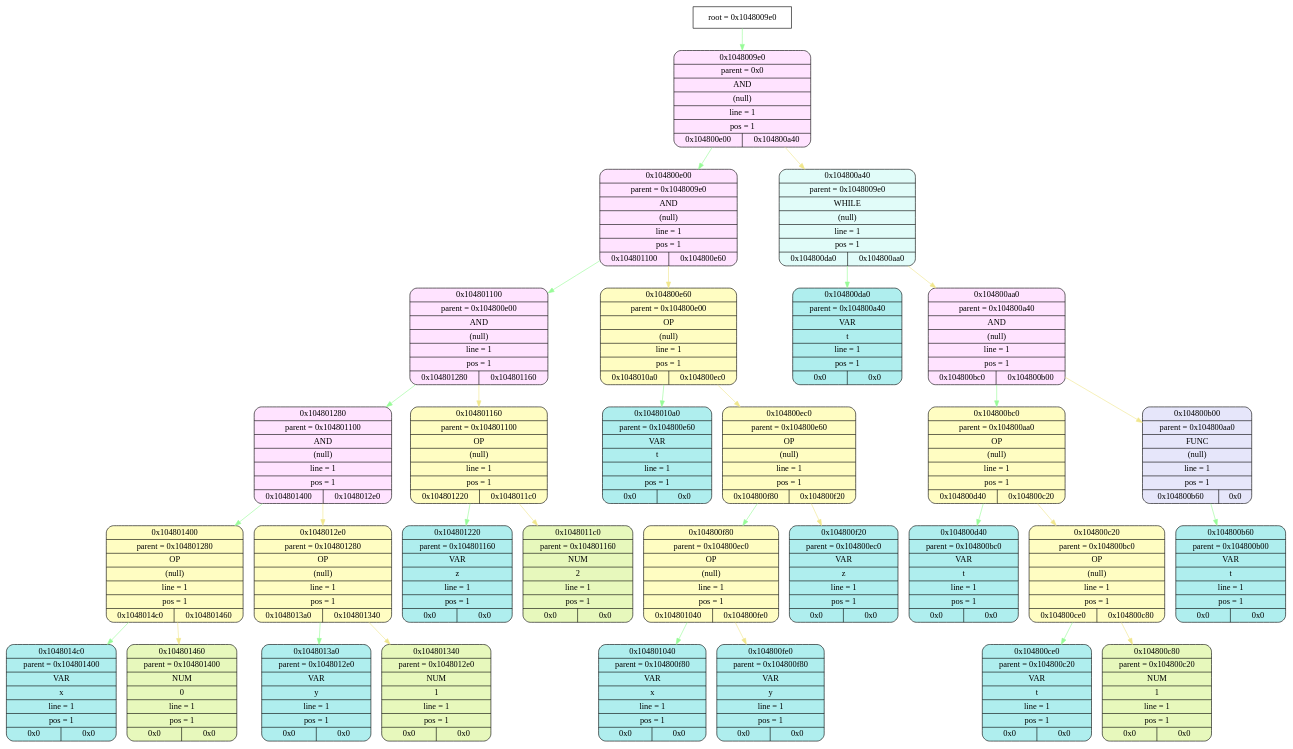
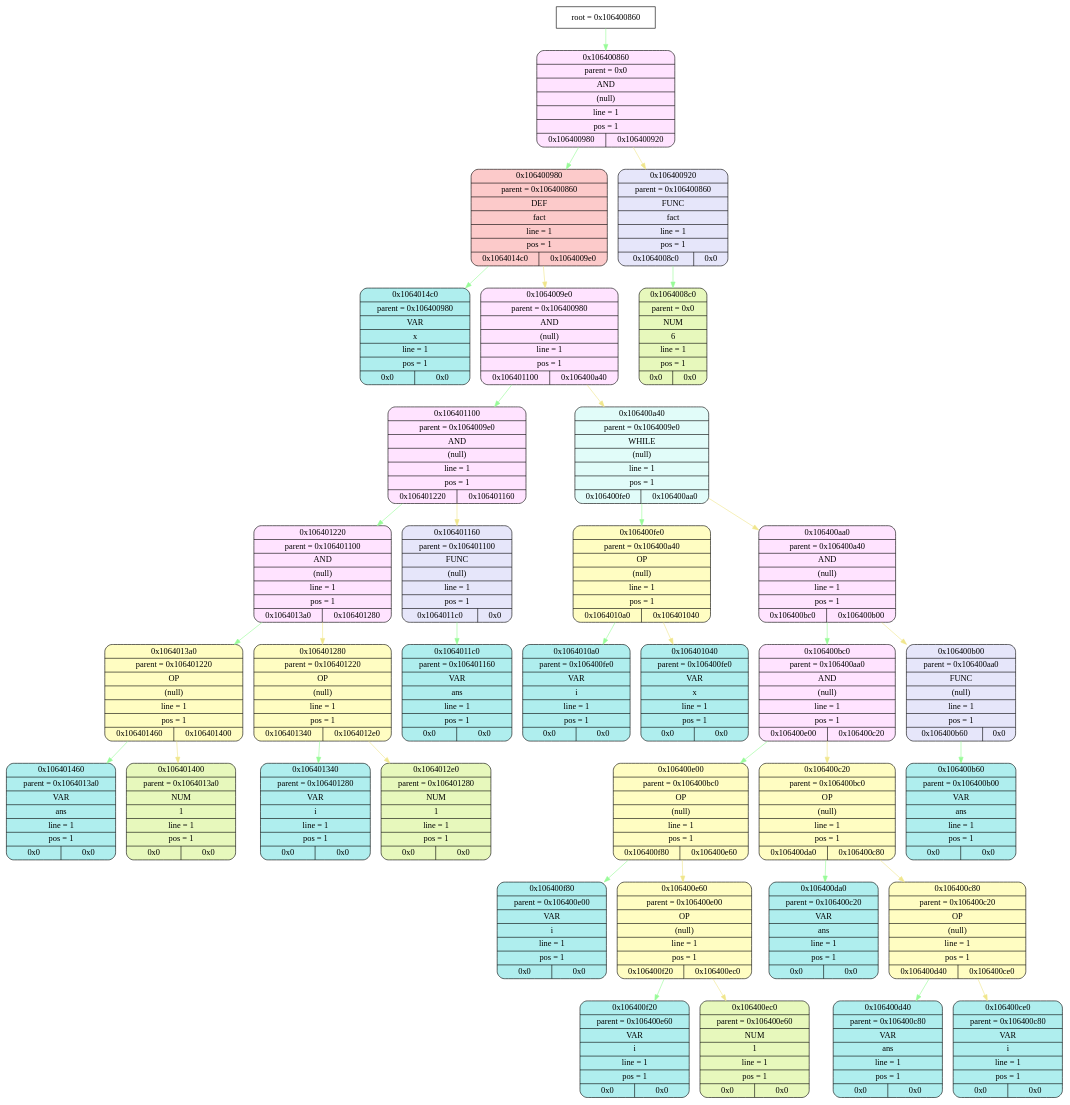
Before and after one commit to esgalimov/language: the diagram in frontend/tmp/graphviz.dot, drawn with Graphviz. The commit also changed 47 other files, not shown here.

```diff
--- a/frontend/tmp/graphviz.dot
+++ b/frontend/tmp/graphviz.dot
@@ -1,95 +1,107 @@
 digraph
 {
-    node_info[shape = record, label = "{root = 0x1048009e0}"];
+    node_info[shape = record, label = "{root = 0x106400860}"];
 
-    node_info->node_0x1048009e0 [color = "#98FB98"];
-    node_0x1048009e0[shape = Mrecord, label = "{{0x1048009e0} | {parent =  0x0} | {AND} | {(null)} | {line = 1} | {pos = 1} | {0x104800e00 | 0x104800a40}}",
+    node_info->node_0x106400860 [color = "#98FB98"];
+    node_0x106400860[shape = Mrecord, label = "{{0x106400860} | {parent =  0x0} | {AND} | {(null)} | {line = 1} | {pos = 1} | {0x106400980 | 0x106400920}}",
                                         style="filled", fillcolor="#FFE3FF"];
-    node_0x104800e00[shape = Mrecord, label = "{{0x104800e00} | {parent =  0x1048009e0} | {AND} | {(null)} | {line = 1} | {pos = 1} | {0x104801100 | 0x104800e60}}",
+    node_0x106400980[shape = Mrecord, label = "{{0x106400980} | {parent =  0x106400860} | {DEF} | {fact} | {line = 1} | {pos = 1} | {0x1064014c0 | 0x1064009e0}}",
+                                        style="filled", fillcolor="#FCCACA"];
+    node_0x1064014c0[shape = Mrecord, label = "{{0x1064014c0} | {parent =  0x106400980} | {VAR} | {x} | {line = 1} | {pos = 1} | {0x0 | 0x0}}",
+                                        style="filled", fillcolor="#AFEEEE"];
+    node_0x1064009e0[shape = Mrecord, label = "{{0x1064009e0} | {parent =  0x106400980} | {AND} | {(null)} | {line = 1} | {pos = 1} | {0x106401100 | 0x106400a40}}",
                                         style="filled", fillcolor="#FFE3FF"];
-    node_0x104801100[shape = Mrecord, label = "{{0x104801100} | {parent =  0x104800e00} | {AND} | {(null)} | {line = 1} | {pos = 1} | {0x104801280 | 0x104801160}}",
+    node_0x106401100[shape = Mrecord, label = "{{0x106401100} | {parent =  0x1064009e0} | {AND} | {(null)} | {line = 1} | {pos = 1} | {0x106401220 | 0x106401160}}",
                                         style="filled", fillcolor="#FFE3FF"];
-    node_0x104801280[shape = Mrecord, label = "{{0x104801280} | {parent =  0x104801100} | {AND} | {(null)} | {line = 1} | {pos = 1} | {0x104801400 | 0x1048012e0}}",
+    node_0x106401220[shape = Mrecord, label = "{{0x106401220} | {parent =  0x106401100} | {AND} | {(null)} | {line = 1} | {pos = 1} | {0x1064013a0 | 0x106401280}}",
                                         style="filled", fillcolor="#FFE3FF"];
-    node_0x104801400[shape = Mrecord, label = "{{0x104801400} | {parent =  0x104801280} | {OP} | {(null)} | {line = 1} | {pos = 1} | {0x1048014c0 | 0x104801460}}",
+    node_0x1064013a0[shape = Mrecord, label = "{{0x1064013a0} | {parent =  0x106401220} | {OP} | {(null)} | {line = 1} | {pos = 1} | {0x106401460 | 0x106401400}}",
                                         style="filled", fillcolor="#FFFDC2"];
-    node_0x1048014c0[shape = Mrecord, label = "{{0x1048014c0} | {parent =  0x104801400} | {VAR} | {x} | {line = 1} | {pos = 1} | {0x0 | 0x0}}",
+    node_0x106401460[shape = Mrecord, label = "{{0x106401460} | {parent =  0x1064013a0} | {VAR} | {ans} | {line = 1} | {pos = 1} | {0x0 | 0x0}}",
                                         style="filled", fillcolor="#AFEEEE"];
-    node_0x104801460[shape = Mrecord, label = "{{0x104801460} | {parent =  0x104801400} | {NUM} | {0} | {line = 1} | {pos = 1} | {0x0 | 0x0}}",
+    node_0x106401400[shape = Mrecord, label = "{{0x106401400} | {parent =  0x1064013a0} | {NUM} | {1} | {line = 1} | {pos = 1} | {0x0 | 0x0}}",
                 style="filled", fillcolor="#E7F8BC"];
-    node_0x1048012e0[shape = Mrecord, label = "{{0x1048012e0} | {parent =  0x104801280} | {OP} | {(null)} | {line = 1} | {pos = 1} | {0x1048013a0 | 0x104801340}}",
+    node_0x106401280[shape = Mrecord, label = "{{0x106401280} | {parent =  0x106401220} | {OP} | {(null)} | {line = 1} | {pos = 1} | {0x106401340 | 0x1064012e0}}",
                                         style="filled", fillcolor="#FFFDC2"];
-    node_0x1048013a0[shape = Mrecord, label = "{{0x1048013a0} | {parent =  0x1048012e0} | {VAR} | {y} | {line = 1} | {pos = 1} | {0x0 | 0x0}}",
+    node_0x106401340[shape = Mrecord, label = "{{0x106401340} | {parent =  0x106401280} | {VAR} | {i} | {line = 1} | {pos = 1} | {0x0 | 0x0}}",
                                         style="filled", fillcolor="#AFEEEE"];
-    node_0x104801340[shape = Mrecord, label = "{{0x104801340} | {parent =  0x1048012e0} | {NUM} | {1} | {line = 1} | {pos = 1} | {0x0 | 0x0}}",
+    node_0x1064012e0[shape = Mrecord, label = "{{0x1064012e0} | {parent =  0x106401280} | {NUM} | {1} | {line = 1} | {pos = 1} | {0x0 | 0x0}}",
                 style="filled", fillcolor="#E7F8BC"];
-    node_0x104801160[shape = Mrecord, label = "{{0x104801160} | {parent =  0x104801100} | {OP} | {(null)} | {line = 1} | {pos = 1} | {0x104801220 | 0x1048011c0}}",
+    node_0x106401160[shape = Mrecord, label = "{{0x106401160} | {parent =  0x106401100} | {FUNC} | {(null)} | {line = 1} | {pos = 1} | {0x1064011c0 | 0x0}}",
+                                        style="filled", fillcolor="#E6E6FA"];
+    node_0x1064011c0[shape = Mrecord, label = "{{0x1064011c0} | {parent =  0x106401160} | {VAR} | {ans} | {line = 1} | {pos = 1} | {0x0 | 0x0}}",
+                                        style="filled", fillcolor="#AFEEEE"];
+    node_0x106400a40[shape = Mrecord, label = "{{0x106400a40} | {parent =  0x1064009e0} | {WHILE} | {(null)} | {line = 1} | {pos = 1} | {0x106400fe0 | 0x106400aa0}}",
+                                        style="filled", fillcolor="#E1FCF9"];
+    node_0x106400fe0[shape = Mrecord, label = "{{0x106400fe0} | {parent =  0x106400a40} | {OP} | {(null)} | {line = 1} | {pos = 1} | {0x1064010a0 | 0x106401040}}",
                                         style="filled", fillcolor="#FFFDC2"];
-    node_0x104801220[shape = Mrecord, label = "{{0x104801220} | {parent =  0x104801160} | {VAR} | {z} | {line = 1} | {pos = 1} | {0x0 | 0x0}}",
+    node_0x1064010a0[shape = Mrecord, label = "{{0x1064010a0} | {parent =  0x106400fe0} | {VAR} | {i} | {line = 1} | {pos = 1} | {0x0 | 0x0}}",
                                         style="filled", fillcolor="#AFEEEE"];
-    node_0x1048011c0[shape = Mrecord, label = "{{0x1048011c0} | {parent =  0x104801160} | {NUM} | {2} | {line = 1} | {pos = 1} | {0x0 | 0x0}}",
+    node_0x106401040[shape = Mrecord, label = "{{0x106401040} | {parent =  0x106400fe0} | {VAR} | {x} | {line = 1} | {pos = 1} | {0x0 | 0x0}}",
+                                        style="filled", fillcolor="#AFEEEE"];
+    node_0x106400aa0[shape = Mrecord, label = "{{0x106400aa0} | {parent =  0x106400a40} | {AND} | {(null)} | {line = 1} | {pos = 1} | {0x106400bc0 | 0x106400b00}}",
+                                        style="filled", fillcolor="#FFE3FF"];
+    node_0x106400bc0[shape = Mrecord, label = "{{0x106400bc0} | {parent =  0x106400aa0} | {AND} | {(null)} | {line = 1} | {pos = 1} | {0x106400e00 | 0x106400c20}}",
+                                        style="filled", fillcolor="#FFE3FF"];
+    node_0x106400e00[shape = Mrecord, label = "{{0x106400e00} | {parent =  0x106400bc0} | {OP} | {(null)} | {line = 1} | {pos = 1} | {0x106400f80 | 0x106400e60}}",
+                                        style="filled", fillcolor="#FFFDC2"];
+    node_0x106400f80[shape = Mrecord, label = "{{0x106400f80} | {parent =  0x106400e00} | {VAR} | {i} | {line = 1} | {pos = 1} | {0x0 | 0x0}}",
+                                        style="filled", fillcolor="#AFEEEE"];
+    node_0x106400e60[shape = Mrecord, label = "{{0x106400e60} | {parent =  0x106400e00} | {OP} | {(null)} | {line = 1} | {pos = 1} | {0x106400f20 | 0x106400ec0}}",
+                                        style="filled", fillcolor="#FFFDC2"];
+    node_0x106400f20[shape = Mrecord, label = "{{0x106400f20} | {parent =  0x106400e60} | {VAR} | {i} | {line = 1} | {pos = 1} | {0x0 | 0x0}}",
+                                        style="filled", fillcolor="#AFEEEE"];
+    node_0x106400ec0[shape = Mrecord, label = "{{0x106400ec0} | {parent =  0x106400e60} | {NUM} | {1} | {line = 1} | {pos = 1} | {0x0 | 0x0}}",
                 style="filled", fillcolor="#E7F8BC"];
-    node_0x104800e60[shape = Mrecord, label = "{{0x104800e60} | {parent =  0x104800e00} | {OP} | {(null)} | {line = 1} | {pos = 1} | {0x1048010a0 | 0x104800ec0}}",
+    node_0x106400c20[shape = Mrecord, label = "{{0x106400c20} | {parent =  0x106400bc0} | {OP} | {(null)} | {line = 1} | {pos = 1} | {0x106400da0 | 0x106400c80}}",
                                         style="filled", fillcolor="#FFFDC2"];
-    node_0x1048010a0[shape = Mrecord, label = "{{0x1048010a0} | {parent =  0x104800e60} | {VAR} | {t} | {line = 1} | {pos = 1} | {0x0 | 0x0}}",
+    node_0x106400da0[shape = Mrecord, label = "{{0x106400da0} | {parent =  0x106400c20} | {VAR} | {ans} | {line = 1} | {pos = 1} | {0x0 | 0x0}}",
                                         style="filled", fillcolor="#AFEEEE"];
-    node_0x104800ec0[shape = Mrecord, label = "{{0x104800ec0} | {parent =  0x104800e60} | {OP} | {(null)} | {line = 1} | {pos = 1} | {0x104800f80 | 0x104800f20}}",
+    node_0x106400c80[shape = Mrecord, label = "{{0x106400c80} | {parent =  0x106400c20} | {OP} | {(null)} | {line = 1} | {pos = 1} | {0x106400d40 | 0x106400ce0}}",
                                         style="filled", fillcolor="#FFFDC2"];
-    node_0x104800f80[shape = Mrecord, label = "{{0x104800f80} | {parent =  0x104800ec0} | {OP} | {(null)} | {line = 1} | {pos = 1} | {0x104801040 | 0x104800fe0}}",
-                                        style="filled", fillcolor="#FFFDC2"];
-    node_0x104801040[shape = Mrecord, label = "{{0x104801040} | {parent =  0x104800f80} | {VAR} | {x} | {line = 1} | {pos = 1} | {0x0 | 0x0}}",
+    node_0x106400d40[shape = Mrecord, label = "{{0x106400d40} | {parent =  0x106400c80} | {VAR} | {ans} | {line = 1} | {pos = 1} | {0x0 | 0x0}}",
                                         style="filled", fillcolor="#AFEEEE"];
-    node_0x104800fe0[shape = Mrecord, label = "{{0x104800fe0} | {parent =  0x104800f80} | {VAR} | {y} | {line = 1} | {pos = 1} | {0x0 | 0x0}}",
+    node_0x106400ce0[shape = Mrecord, label = "{{0x106400ce0} | {parent =  0x106400c80} | {VAR} | {i} | {line = 1} | {pos = 1} | {0x0 | 0x0}}",
                                         style="filled", fillcolor="#AFEEEE"];
-    node_0x104800f20[shape = Mrecord, label = "{{0x104800f20} | {parent =  0x104800ec0} | {VAR} | {z} | {line = 1} | {pos = 1} | {0x0 | 0x0}}",
+    node_0x106400b00[shape = Mrecord, label = "{{0x106400b00} | {parent =  0x106400aa0} | {FUNC} | {(null)} | {line = 1} | {pos = 1} | {0x106400b60 | 0x0}}",
+                                        style="filled", fillcolor="#E6E6FA"];
+    node_0x106400b60[shape = Mrecord, label = "{{0x106400b60} | {parent =  0x106400b00} | {VAR} | {ans} | {line = 1} | {pos = 1} | {0x0 | 0x0}}",
                                         style="filled", fillcolor="#AFEEEE"];
-    node_0x104800a40[shape = Mrecord, label = "{{0x104800a40} | {parent =  0x1048009e0} | {WHILE} | {(null)} | {line = 1} | {pos = 1} | {0x104800da0 | 0x104800aa0}}",
-                                        style="filled", fillcolor="#E1FCF9"];
-    node_0x104800da0[shape = Mrecord, label = "{{0x104800da0} | {parent =  0x104800a40} | {VAR} | {t} | {line = 1} | {pos = 1} | {0x0 | 0x0}}",
-                                        style="filled", fillcolor="#AFEEEE"];
-    node_0x104800aa0[shape = Mrecord, label = "{{0x104800aa0} | {parent =  0x104800a40} | {AND} | {(null)} | {line = 1} | {pos = 1} | {0x104800bc0 | 0x104800b00}}",
-                                        style="filled", fillcolor="#FFE3FF"];
-    node_0x104800bc0[shape = Mrecord, label = "{{0x104800bc0} | {parent =  0x104800aa0} | {OP} | {(null)} | {line = 1} | {pos = 1} | {0x104800d40 | 0x104800c20}}",
-                                        style="filled", fillcolor="#FFFDC2"];
-    node_0x104800d40[shape = Mrecord, label = "{{0x104800d40} | {parent =  0x104800bc0} | {VAR} | {t} | {line = 1} | {pos = 1} | {0x0 | 0x0}}",
-                                        style="filled", fillcolor="#AFEEEE"];
-    node_0x104800c20[shape = Mrecord, label = "{{0x104800c20} | {parent =  0x104800bc0} | {OP} | {(null)} | {line = 1} | {pos = 1} | {0x104800ce0 | 0x104800c80}}",
-                                        style="filled", fillcolor="#FFFDC2"];
-    node_0x104800ce0[shape = Mrecord, label = "{{0x104800ce0} | {parent =  0x104800c20} | {VAR} | {t} | {line = 1} | {pos = 1} | {0x0 | 0x0}}",
-                                        style="filled", fillcolor="#AFEEEE"];
-    node_0x104800c80[shape = Mrecord, label = "{{0x104800c80} | {parent =  0x104800c20} | {NUM} | {1} | {line = 1} | {pos = 1} | {0x0 | 0x0}}",
+    node_0x106400920[shape = Mrecord, label = "{{0x106400920} | {parent =  0x106400860} | {FUNC} | {fact} | {line = 1} | {pos = 1} | {0x1064008c0 | 0x0}}",
+                                        style="filled", fillcolor="#E6E6FA"];
+    node_0x1064008c0[shape = Mrecord, label = "{{0x1064008c0} | {parent =  0x0} | {NUM} | {6} | {line = 1} | {pos = 1} | {0x0 | 0x0}}",
                 style="filled", fillcolor="#E7F8BC"];
-    node_0x104800b00[shape = Mrecord, label = "{{0x104800b00} | {parent =  0x104800aa0} | {FUNC} | {(null)} | {line = 1} | {pos = 1} | {0x104800b60 | 0x0}}",
-                                        style="filled", fillcolor="#E6E6FA"];
-    node_0x104800b60[shape = Mrecord, label = "{{0x104800b60} | {parent =  0x104800b00} | {VAR} | {t} | {line = 1} | {pos = 1} | {0x0 | 0x0}}",
-                                        style="filled", fillcolor="#AFEEEE"];
-    node_0x1048009e0->node_0x104800e00 [color = "#98FB98"];
-    node_0x104800e00->node_0x104801100 [color = "#98FB98"];
-    node_0x104801100->node_0x104801280 [color = "#98FB98"];
-    node_0x104801280->node_0x104801400 [color = "#98FB98"];
-    node_0x104801400->node_0x1048014c0 [color = "#98FB98"];
-    node_0x104801400->node_0x104801460 [color = "#F0E68C"];
-    node_0x104801280->node_0x1048012e0 [color = "#F0E68C"];
-    node_0x1048012e0->node_0x1048013a0 [color = "#98FB98"];
-    node_0x1048012e0->node_0x104801340 [color = "#F0E68C"];
-    node_0x104801100->node_0x104801160 [color = "#F0E68C"];
-    node_0x104801160->node_0x104801220 [color = "#98FB98"];
-    node_0x104801160->node_0x1048011c0 [color = "#F0E68C"];
-    node_0x104800e00->node_0x104800e60 [color = "#F0E68C"];
-    node_0x104800e60->node_0x1048010a0 [color = "#98FB98"];
-    node_0x104800e60->node_0x104800ec0 [color = "#F0E68C"];
-    node_0x104800ec0->node_0x104800f80 [color = "#98FB98"];
-    node_0x104800f80->node_0x104801040 [color = "#98FB98"];
-    node_0x104800f80->node_0x104800fe0 [color = "#F0E68C"];
-    node_0x104800ec0->node_0x104800f20 [color = "#F0E68C"];
-    node_0x1048009e0->node_0x104800a40 [color = "#F0E68C"];
-    node_0x104800a40->node_0x104800da0 [color = "#98FB98"];
-    node_0x104800a40->node_0x104800aa0 [color = "#F0E68C"];
-    node_0x104800aa0->node_0x104800bc0 [color = "#98FB98"];
-    node_0x104800bc0->node_0x104800d40 [color = "#98FB98"];
-    node_0x104800bc0->node_0x104800c20 [color = "#F0E68C"];
-    node_0x104800c20->node_0x104800ce0 [color = "#98FB98"];
-    node_0x104800c20->node_0x104800c80 [color = "#F0E68C"];
-    node_0x104800aa0->node_0x104800b00 [color = "#F0E68C"];
-    node_0x104800b00->node_0x104800b60 [color = "#98FB98"];
+    node_0x106400860->node_0x106400980 [color = "#98FB98"];
+    node_0x106400980->node_0x1064014c0 [color = "#98FB98"];
+    node_0x106400980->node_0x1064009e0 [color = "#F0E68C"];
+    node_0x1064009e0->node_0x106401100 [color = "#98FB98"];
+    node_0x106401100->node_0x106401220 [color = "#98FB98"];
+    node_0x106401220->node_0x1064013a0 [color = "#98FB98"];
+    node_0x1064013a0->node_0x106401460 [color = "#98FB98"];
+    node_0x1064013a0->node_0x106401400 [color = "#F0E68C"];
+    node_0x106401220->node_0x106401280 [color = "#F0E68C"];
+    node_0x106401280->node_0x106401340 [color = "#98FB98"];
+    node_0x106401280->node_0x1064012e0 [color = "#F0E68C"];
+    node_0x106401100->node_0x106401160 [color = "#F0E68C"];
+    node_0x106401160->node_0x1064011c0 [color = "#98FB98"];
+    node_0x1064009e0->node_0x106400a40 [color = "#F0E68C"];
+    node_0x106400a40->node_0x106400fe0 [color = "#98FB98"];
+    node_0x106400fe0->node_0x1064010a0 [color = "#98FB98"];
+    node_0x106400fe0->node_0x106401040 [color = "#F0E68C"];
+    node_0x106400a40->node_0x106400aa0 [color = "#F0E68C"];
+    node_0x106400aa0->node_0x106400bc0 [color = "#98FB98"];
+    node_0x106400bc0->node_0x106400e00 [color = "#98FB98"];
+    node_0x106400e00->node_0x106400f80 [color = "#98FB98"];
+    node_0x106400e00->node_0x106400e60 [color = "#F0E68C"];
+    node_0x106400e60->node_0x106400f20 [color = "#98FB98"];
+    node_0x106400e60->node_0x106400ec0 [color = "#F0E68C"];
+    node_0x106400bc0->node_0x106400c20 [color = "#F0E68C"];
+    node_0x106400c20->node_0x106400da0 [color = "#98FB98"];
+    node_0x106400c20->node_0x106400c80 [color = "#F0E68C"];
+    node_0x106400c80->node_0x106400d40 [color = "#98FB98"];
+    node_0x106400c80->node_0x106400ce0 [color = "#F0E68C"];
+    node_0x106400aa0->node_0x106400b00 [color = "#F0E68C"];
+    node_0x106400b00->node_0x106400b60 [color = "#98FB98"];
+    node_0x106400860->node_0x106400920 [color = "#F0E68C"];
+    node_0x106400920->node_0x1064008c0 [color = "#98FB98"];
 }
```
